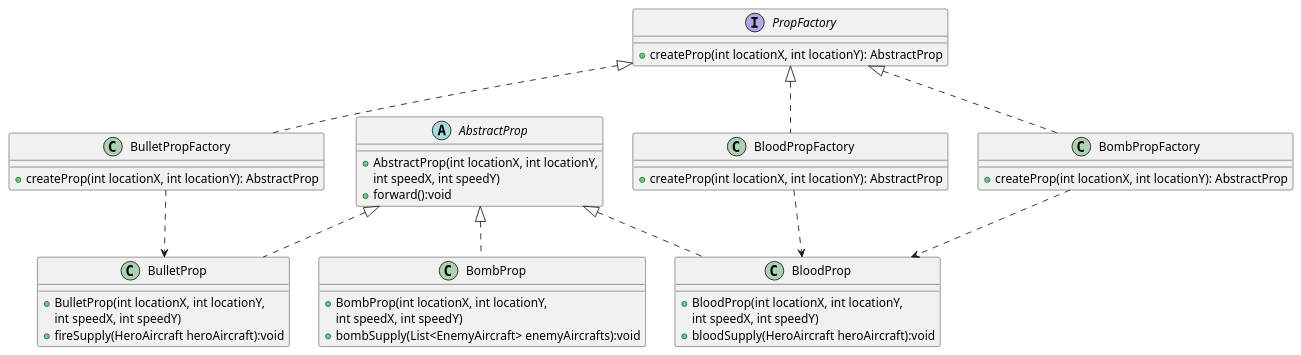
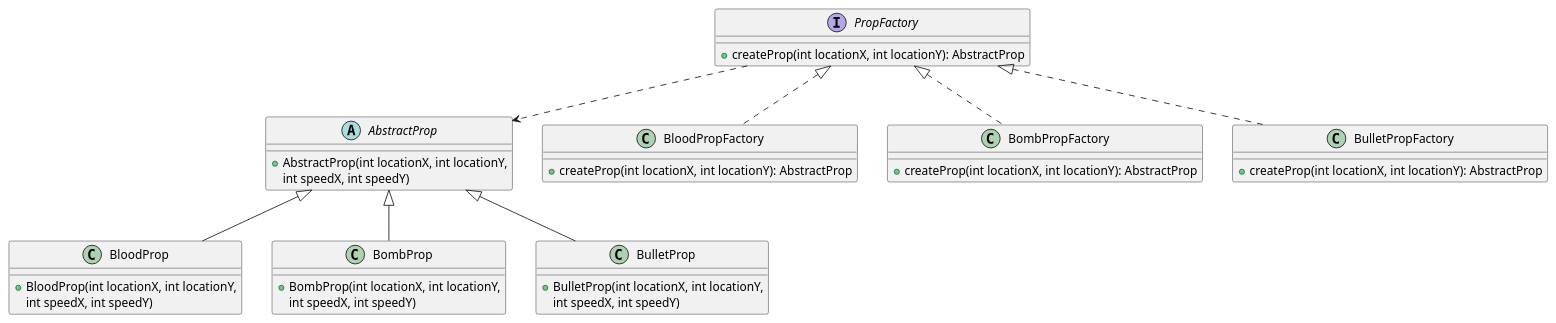
Before and after one commit to Lau-pq/AircraftWar: the diagram in uml/PropFactory.puml, drawn with PlantUML. The commit also changed 7 other files, not shown here.

```diff
--- a/uml/PropFactory.puml
+++ b/uml/PropFactory.puml
@@ -1,60 +1,57 @@
 @startuml
 'https://plantuml.com/class-diagram
 
 interface PropFactory {
     + createProp(int locationX, int locationY): AbstractProp
 }
 
 abstract class AbstractProp
 {
     + AbstractProp(int locationX, int locationY,
     int speedX, int speedY)
-    + forward():void
 }
+
+PropFactory ..> AbstractProp
 
 class BloodPropFactory {
     + createProp(int locationX, int locationY): AbstractProp
 }
 
 PropFactory <|.. BloodPropFactory
+
 
 class BombPropFactory {
     + createProp(int locationX, int locationY): AbstractProp
 }
 
 PropFactory <|.. BombPropFactory
 
 class BulletPropFactory {
     + createProp(int locationX, int locationY): AbstractProp
 }
 
 PropFactory <|.. BulletPropFactory
 
 class BloodProp {
     + BloodProp(int locationX, int locationY,
     int speedX, int speedY)
-    + bloodSupply(HeroAircraft heroAircraft):void
 }
 
-AbstractProp <|.. BloodProp
-BloodPropFactory ..> BloodProp
+AbstractProp <|-- BloodProp
 
 class BombProp {
     + BombProp(int locationX, int locationY,
     int speedX, int speedY)
-    + bombSupply(List<EnemyAircraft> enemyAircrafts):void
 }
 
-AbstractProp <|.. BombProp
-BombPropFactory ..> BloodProp
+AbstractProp <|-- BombProp
 
 class BulletProp {
     + BulletProp(int locationX, int locationY,
     int speedX, int speedY)
-    + fireSupply(HeroAircraft heroAircraft):void
 }
 
-AbstractProp <|.. BulletProp
-BulletPropFactory ..> BulletProp
+AbstractProp <|-- BulletProp
+
 
 @enduml
```
